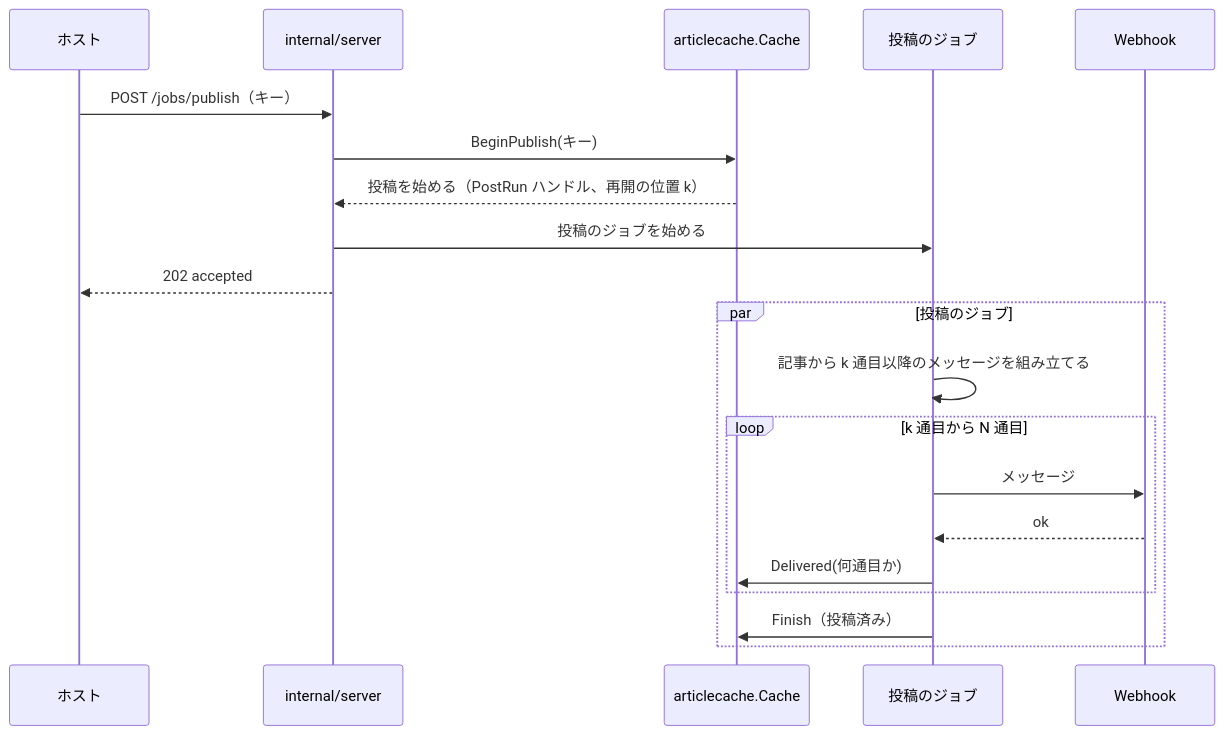
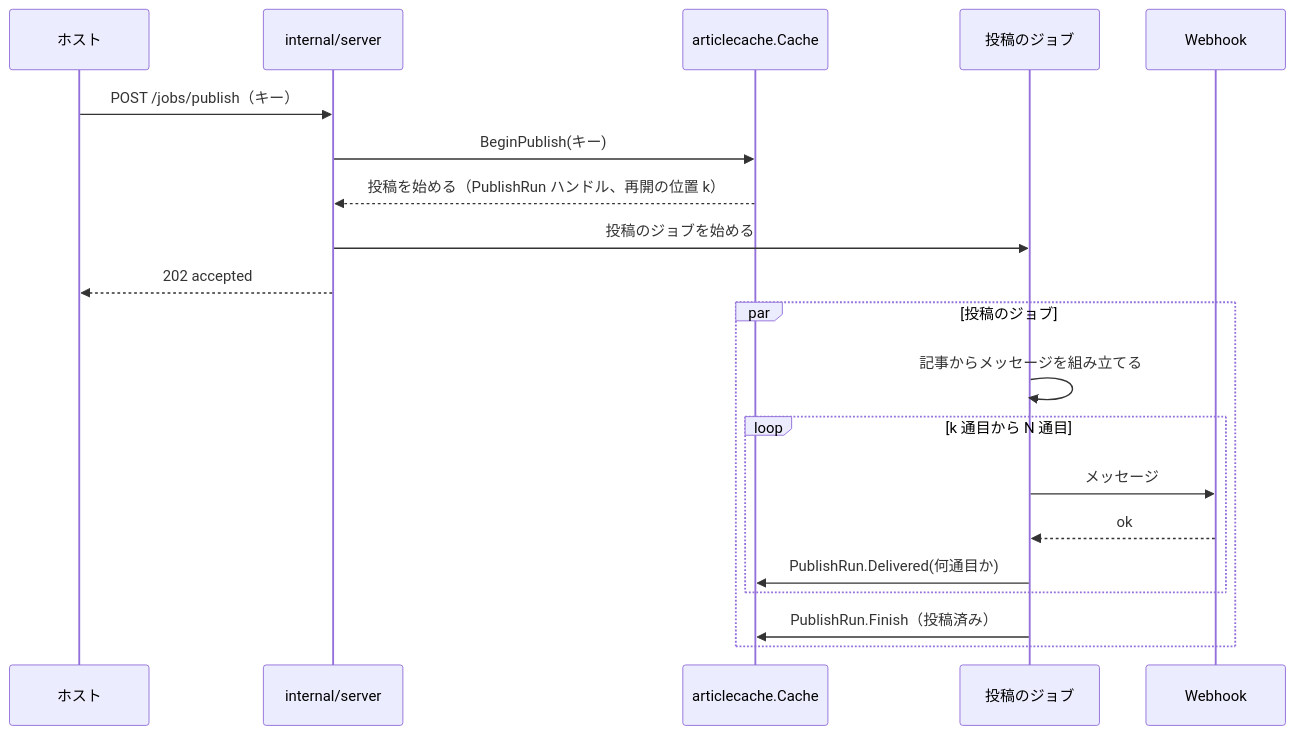
Before and after one commit to isseis/yt2column: the sixth of 15 diagrams in docs/tasks/0044_article_job_api/02_architecture.md, drawn with Mermaid. The commit also changed other lines of this file and 1 other file, not shown here.

````diff
--- a/docs/tasks/0044_article_job_api/02_architecture.md
+++ b/docs/tasks/0044_article_job_api/02_architecture.md
@@ -242,23 +255,23 @@
 ```mermaid
 sequenceDiagram
     participant H as ホスト
     participant S as internal/server
     participant C as articlecache.Cache
     participant P as 投稿のジョブ
     participant WH as Webhook
 
     H->>S: POST /jobs/publish（キー）
     S->>C: BeginPublish(キー)
-    C-->>S: 投稿を始める（PostRun ハンドル、再開の位置 k）
+    C-->>S: 投稿を始める（PublishRun ハンドル、再開の位置 k）
     S->>P: 投稿のジョブを始める
     S-->>H: 202 accepted
     par 投稿のジョブ
-        P->>P: 記事から k 通目以降のメッセージを組み立てる
+        P->>P: 記事からメッセージを組み立てる
         loop k 通目から N 通目
             P->>WH: メッセージ
             WH-->>P: ok
-            P->>C: Delivered(何通目か)
+            P->>C: PublishRun.Delivered(何通目か)
         end
-        P->>C: Finish（投稿済み）
+        P->>C: PublishRun.Finish（投稿済み）
     end
 ```
````
